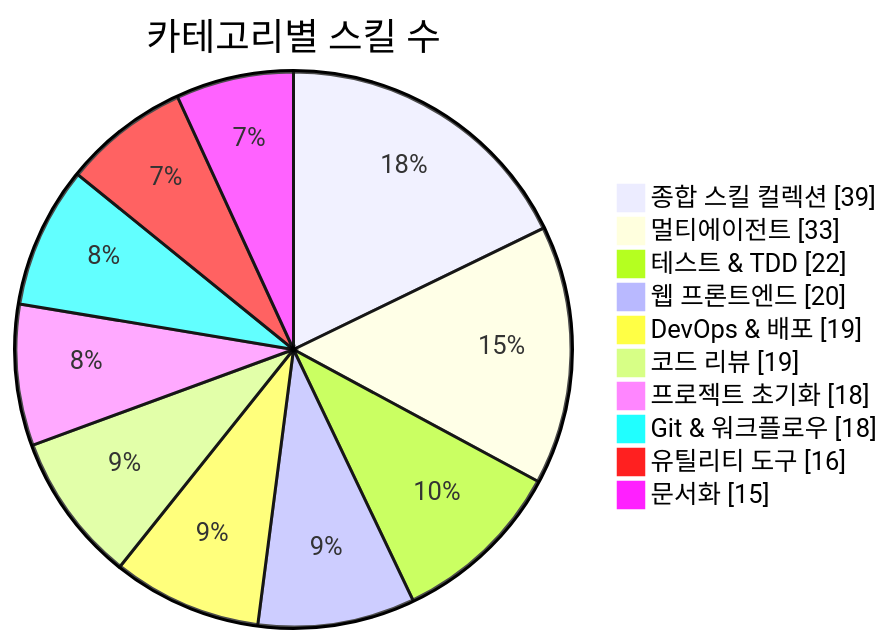
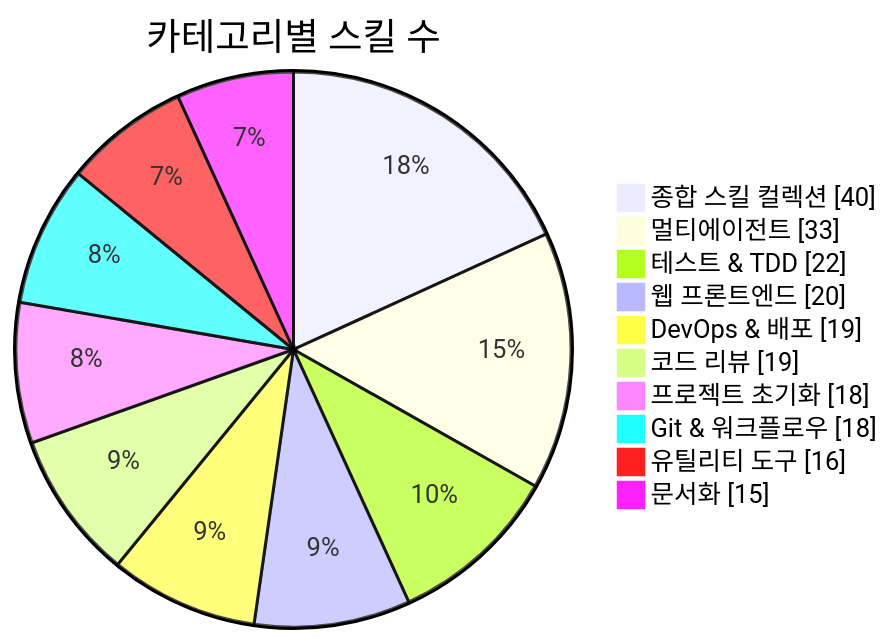
Before and after one commit to J-nowcow/awesome-korean-agent-skills: the first of 3 diagrams in README.md, drawn with Mermaid. The commit also changed other lines of this file and 3 other files, not shown here.

````diff
--- a/README.md
+++ b/README.md
@@ -176,14 +176,14 @@
 ```mermaid
 pie showData
     title 카테고리별 스킬 수
-    "종합 스킬 컬렉션" : 39
+    "종합 스킬 컬렉션" : 40
     "멀티에이전트" : 33
     "테스트 & TDD" : 22
     "웹 프론트엔드" : 20
     "DevOps & 배포" : 19
     "코드 리뷰" : 19
     "프로젝트 초기화" : 18
     "Git & 워크플로우" : 18
     "유틸리티 도구" : 16
     "문서화" : 15
 ```
````
